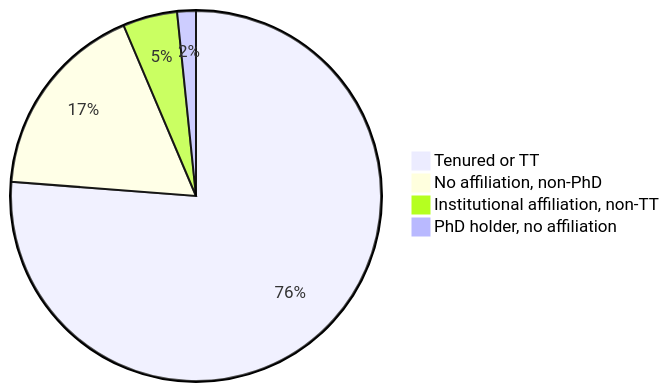
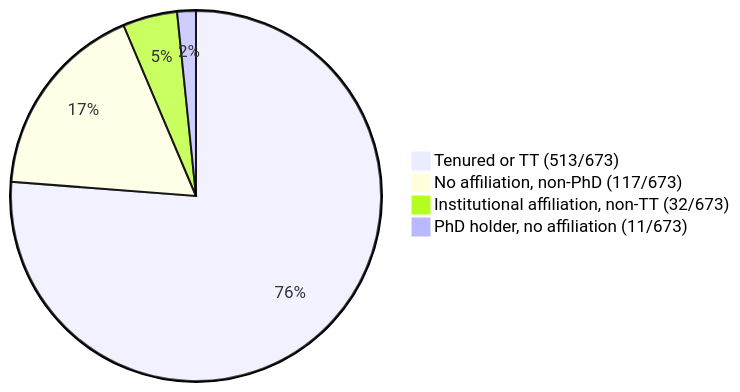
The fourth of 4 diagrams in inprogress/music/index.md (WeAreTheField/wearethefield), drawn with Mermaid before and after one commit. The commit also changed other lines of this file, not shown here.

Commit message:
book stat add

```diff
--- a/inprogress/music/index.md
+++ b/inprogress/music/index.md
@@ -105,7 +105,7 @@
 <pre class="mermaid">
   pie
-  "Tenured or TT" : 513
-  "No affiliation, non-PhD" : 117
-  "Institutional affiliation, non-TT" : 32
-  "PhD holder, no affiliation" : 11
+  "Tenured or TT (513/673)" : 513
+  "No affiliation, non-PhD (117/673)" : 117
+  "Institutional affiliation, non-TT (32/673)" : 32
+  "PhD holder, no affiliation (11/673)" : 11
 </pre>
```
